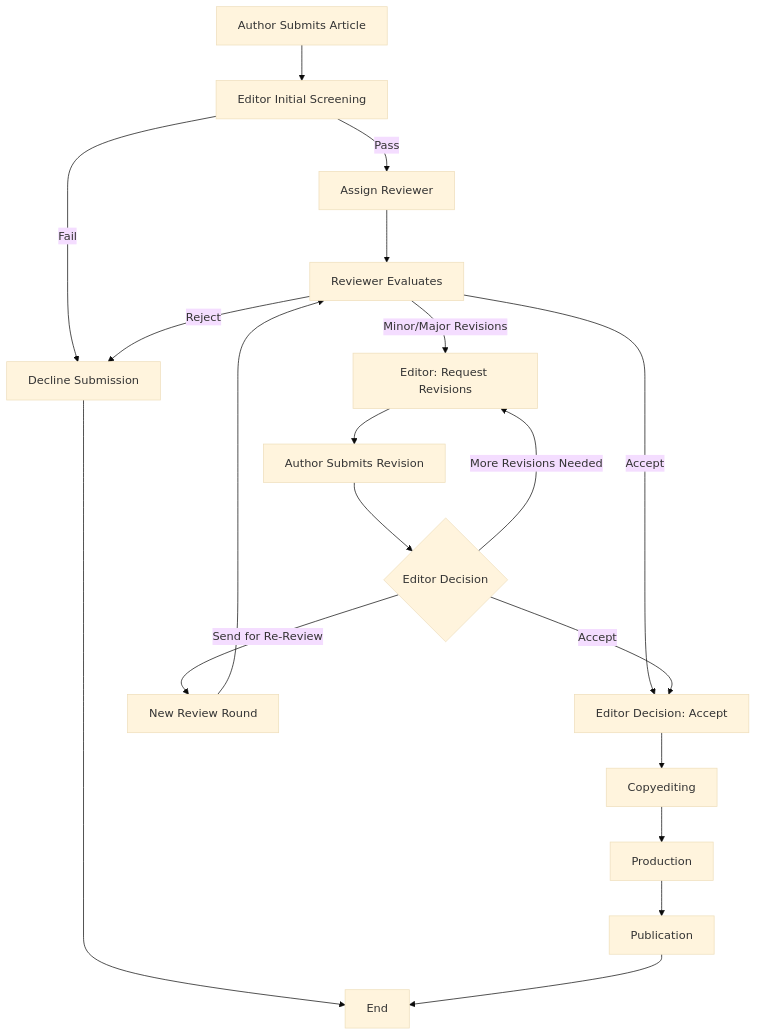
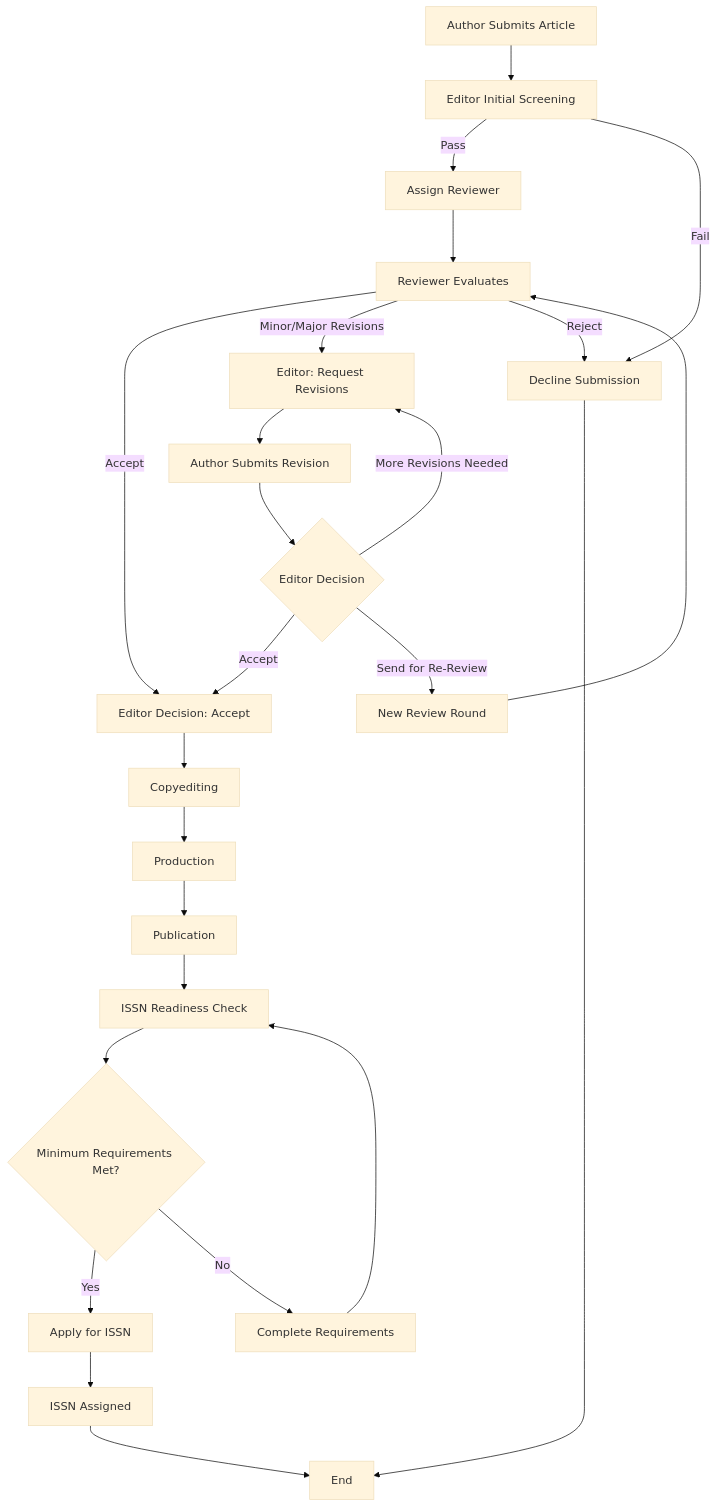
One commit to dtr-kalfer/OJS-editorial-playbook changed the diagram in README.md. Above: the diagram before and after it, drawn with Mermaid (base theme).

Commit message:
update: README.md with new OJS flowchart and ISSN request validity.

````diff
--- a/README.md
+++ b/README.md
@@ -72,31 +72,44 @@
 ```mermaid
 flowchart TD
 
 A[Author Submits Article] --> B[Editor Initial Screening]
 
 B -->|Pass| C[Assign Reviewer]
 B -->|Fail| Z[Decline Submission]
 
 C --> D[Reviewer Evaluates]
 
 D -->|Accept| E[Editor Decision: Accept]
 D -->|Minor/Major Revisions| F[Editor: Request Revisions]
 D -->|Reject| Z
 
 F --> G[Author Submits Revision]
 
 G --> H{Editor Decision}
 
 H -->|Accept| E
 H -->|More Revisions Needed| F
 H -->|Send for Re-Review| I[New Review Round]
 
 I --> D
 
 E --> J[Copyediting]
 J --> K[Production]
 K --> L[Publication]
 
+%% ISSN Readiness Section
+L --> M[ISSN Readiness Check]
+
+M --> N{Minimum Requirements Met?}
+
+N -->|Yes| O[Apply for ISSN]
+N -->|No| P[Complete Requirements]
+
+P --> M
+
+%% Notes (conceptual)
+O --> Q[ISSN Assigned]
+
 Z --> END[End]
-L --> END
+Q --> END
 ```
````
